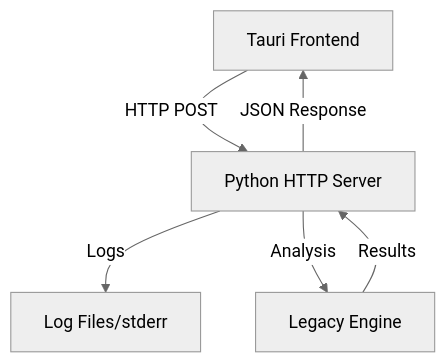
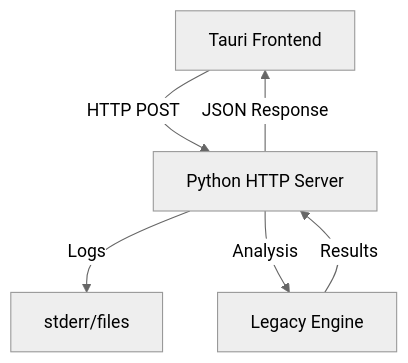
Before and after one commit to boost-edu-tools/gitinspectorgui: the diagram in docs/architecture/design-decisions.md, drawn with Mermaid (neutral theme). The commit also changed other lines of this file and 11 other files, not shown here.

````diff
--- a/docs/architecture/design-decisions.md
+++ b/docs/architecture/design-decisions.md
@@ -18,8 +14,8 @@
 ```mermaid
 graph TB
     A[Tauri Frontend] -->|HTTP POST| B[Python HTTP Server]
     B -->|JSON Response| A
-    B -->|Logs| C[Log Files/stderr]
+    B -->|Logs| C[stderr/files]
     B -->|Analysis| D[Legacy Engine]
     D -->|Results| B
 ```
````
